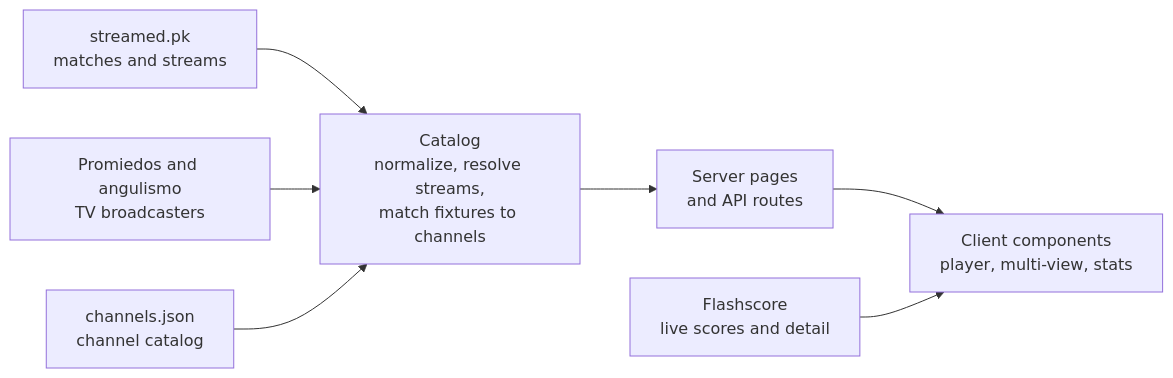
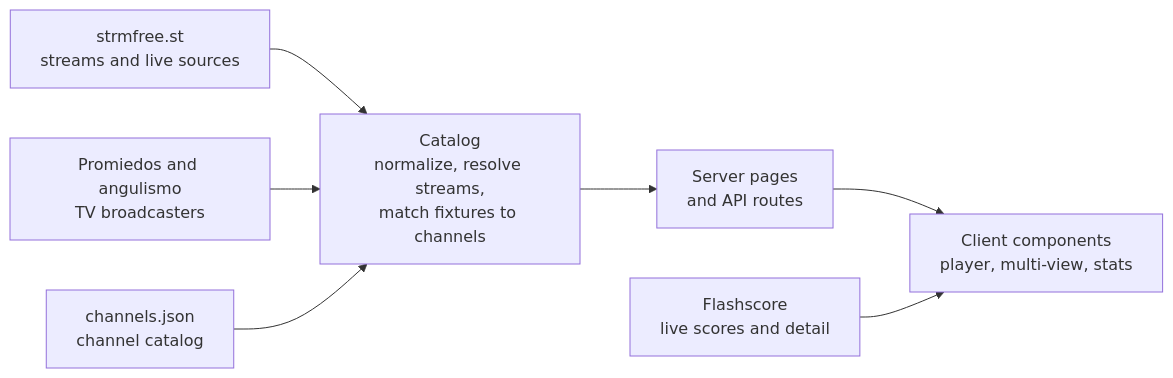
One commit to fedegualdrini/fgstreams3 changed the diagram in README.md. Above: the diagram before and after it, drawn with Mermaid. The commit also changed other lines of this file and 68 other files, not shown here.

````diff
--- a/README.md
+++ b/README.md
@@ -120,9 +142,9 @@
 ```mermaid
 flowchart LR
-  A[streamed.pk<br/>matches and streams] --> C
+  A[strmfree.st<br/>streams and live sources] --> C
   B[Promiedos and angulismo<br/>TV broadcasters] --> C
   D[channels.json<br/>channel catalog] --> C
   C[Catalog<br/>normalize, resolve streams,<br/>match fixtures to channels] --> P[Server pages<br/>and API routes]
   P --> U[Client components<br/>player, multi-view, stats]
   F[Flashscore<br/>live scores and detail] --> U
 ```
````
